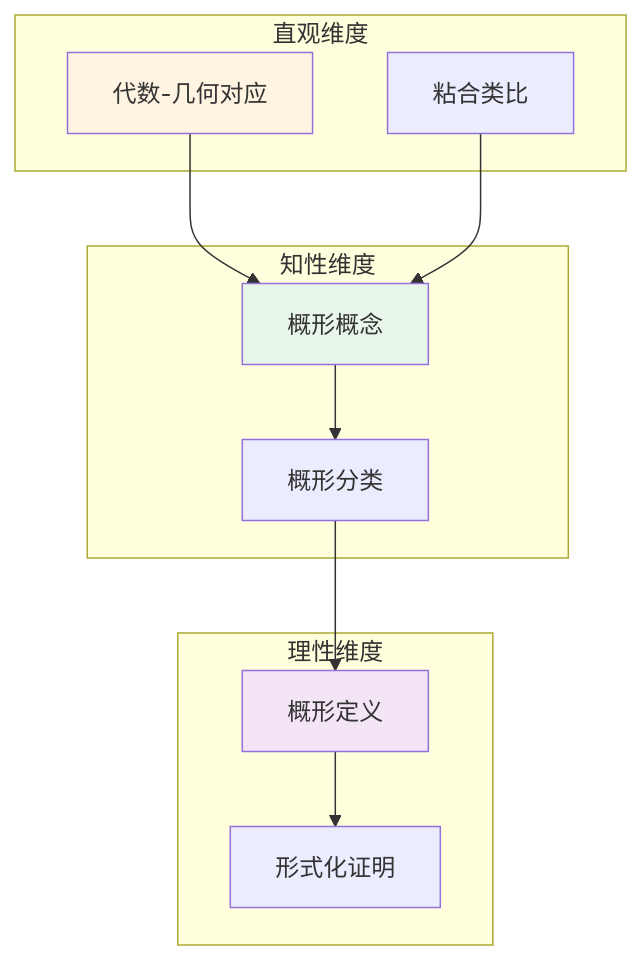
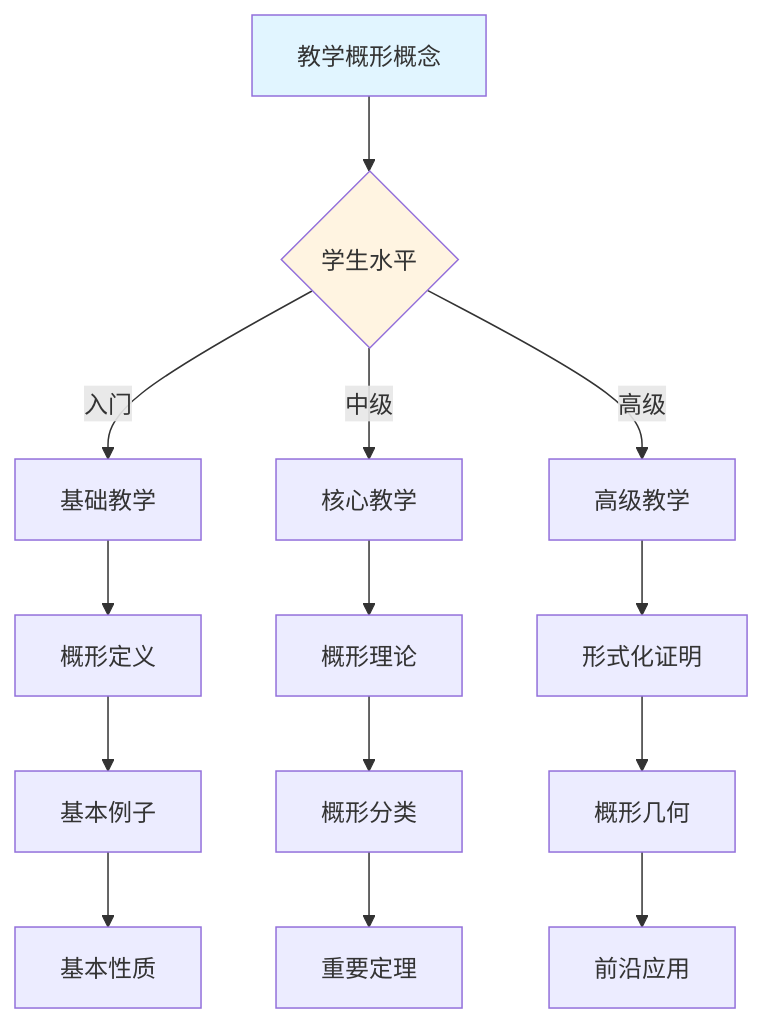
One commit to AdaMartin18010/FormalMath changed diagram 11 of 11 in concept/核心概念/21-概形.md. Above: the diagram before and after it, drawn with Mermaid. The commit also changed other lines of this file and 4793 other files, not shown here.

````diff
--- a/concept/核心概念/21-概形.md
+++ b/concept/核心概念/21-概形.md
@@ -777,27 +2492,22 @@
 ```mermaid
-graph TB
-    subgraph 直观维度
-        A1[代数-几何对应]
-        A2[粘合类比]
-    end
+graph TD
+    A[教学概形概念] --> B{学生水平}
+    B -->|入门| C[基础教学]
+    B -->|中级| D[核心教学]
+    B -->|高级| E[高级教学]
 
-    subgraph 知性维度
-        B1[概形概念]
-        B2[概形分类]
-    end
+    C --> C1[概形定义]
+    C1 --> C2[基本例子]
+    C2 --> C3[基本性质]
 
-    subgraph 理性维度
-        C1[概形定义]
-        C2[形式化证明]
-    end
+    D --> D1[概形理论]
+    D1 --> D2[概形分类]
+    D2 --> D3[重要定理]
 
-    A1 --> B1
-    A2 --> B1
-    B1 --> B2
-    B2 --> C1
-    C1 --> C2
+    E --> E1[形式化证明]
+    E1 --> E2[概形几何]
+    E2 --> E3[前沿应用]
 
-    style A1 fill:#fff4e1
-    style B1 fill:#e8f5e9
-    style C1 fill:#f3e5f5
+    style A fill:#e1f5ff
+    style B fill:#fff4e1
 ```
````
